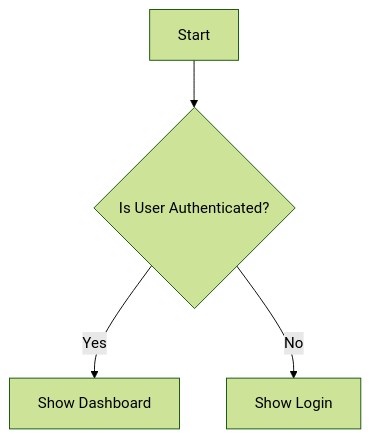
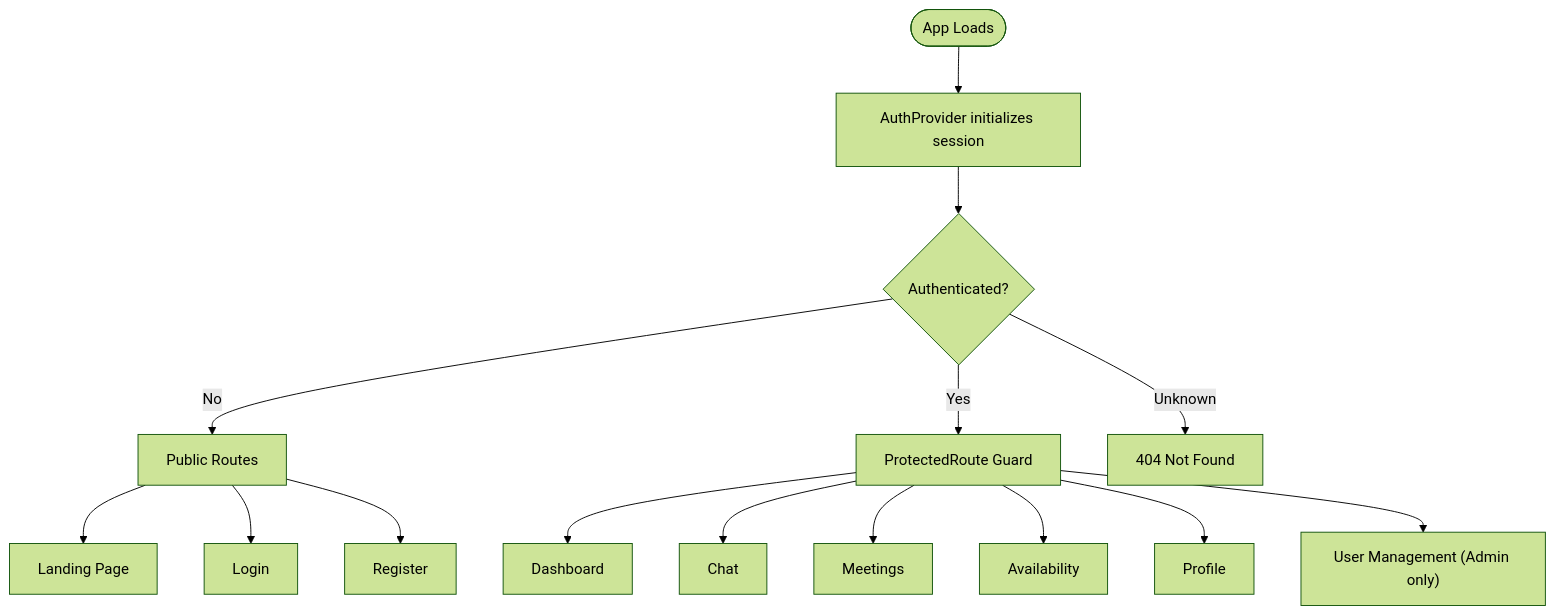
Before and after one commit to prannavdeshpande/securetask-hub: the second of 6 diagrams in README.md, drawn with Mermaid (forest theme). The commit also changed other lines of this file, not shown here.

`````diff
--- a/README.md
+++ b/README.md
@@ -18,6 +48,20 @@
 ```mermaid
-flowchart TD;
-    A[Start] --> B{Is User Authenticated?};
-    B -- Yes --> C[Show Dashboard];
-    B -- No --> D[Show Login];
-```
+flowchart TD
+    A([App Loads]) --> B[AuthProvider initializes session]
+    B --> C{Authenticated?}
+
+    C -- No --> D[Public Routes]
+    D --> D1["Landing Page"]
+    D --> D2["Login"]
+    D --> D3["Register"]
+
+    C -- Yes --> E[ProtectedRoute Guard]
+    E --> F["Dashboard"]
+    E --> G["Chat"]
+    E --> H["Meetings"]
+    E --> I["Availability"]
+    E --> J["Profile"]
+    E --> K["User Management (Admin only)"]
+
+    C -- Unknown --> L["404 Not Found"]
+````
`````
